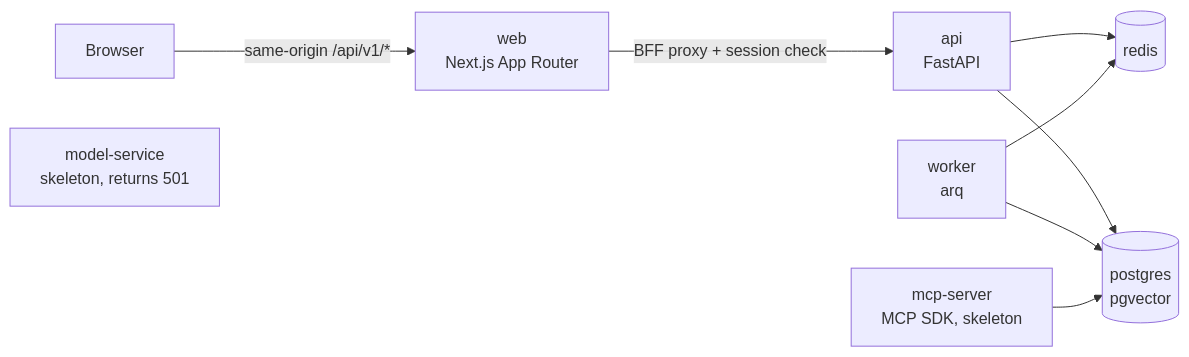
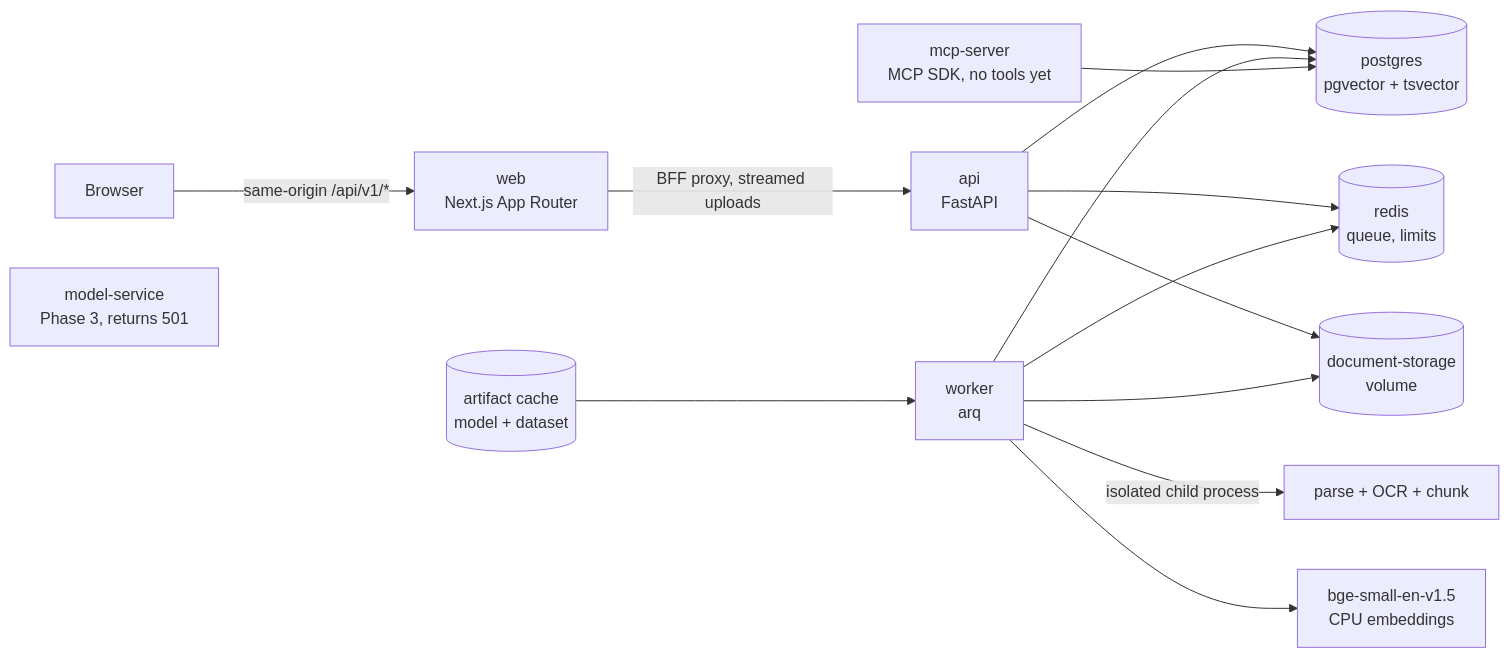
The diagram in README.md (JCHETAN26/compliance), drawn with Mermaid before and after one commit. The commit also changed other lines of this file and 105 other files, not shown here.

Commit message:
Add document ingestion, OCR, embeddings, and source viewers

````diff
--- a/README.md
+++ b/README.md
@@ -19,11 +30,16 @@
 ```mermaid
 flowchart LR
   browser[Browser] -->|same-origin /api/v1/*| web[web<br/>Next.js App Router]
-  web -->|BFF proxy + session check| api[api<br/>FastAPI]
-  api --> pg[(postgres<br/>pgvector)]
-  api --> redis[(redis)]
+  web -->|BFF proxy, streamed uploads| api[api<br/>FastAPI]
+  api --> pg[(postgres<br/>pgvector + tsvector)]
+  api --> redis[(redis<br/>queue, limits)]
+  api --> store[(document-storage<br/>volume)]
   worker[worker<br/>arq] --> redis
   worker --> pg
-  mcp[mcp-server<br/>MCP SDK, skeleton] --> pg
-  model[model-service<br/>skeleton, returns 501]
+  worker --> store
+  worker -->|isolated child process| parse[parse + OCR + chunk]
+  worker --> emb[bge-small-en-v1.5<br/>CPU embeddings]
+  cache[(artifact cache<br/>model + dataset)] --> worker
+  mcp[mcp-server<br/>MCP SDK, no tools yet] --> pg
+  model[model-service<br/>Phase 3, returns 501]
 ```
````
